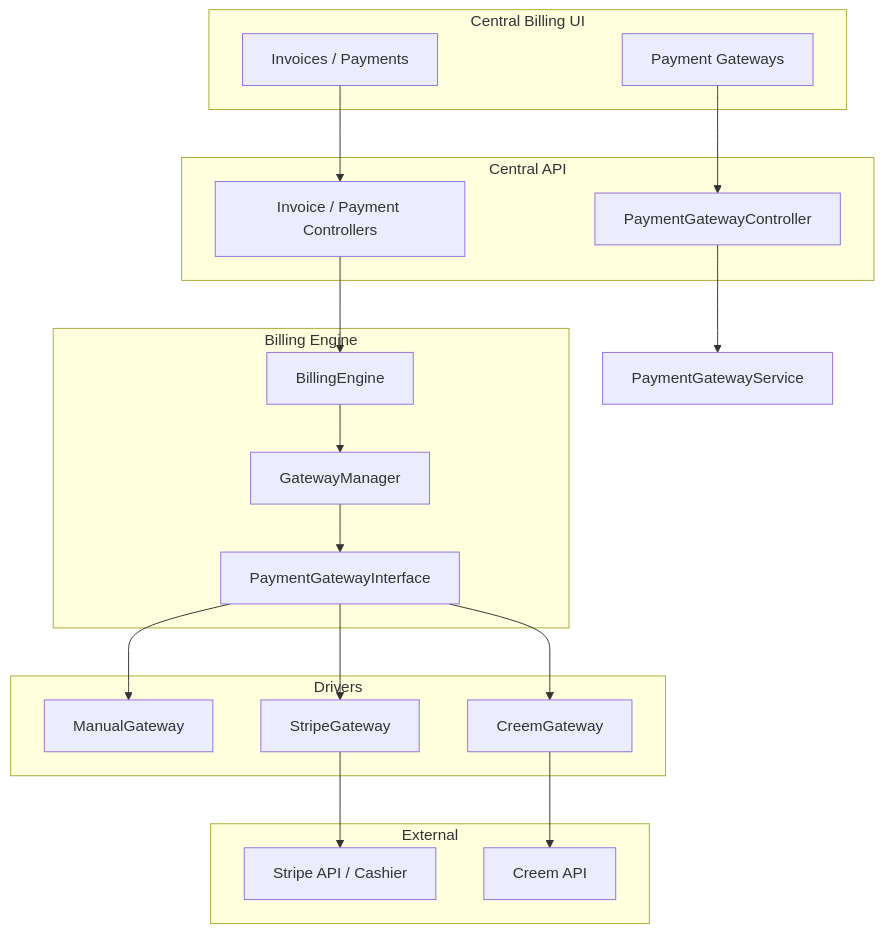
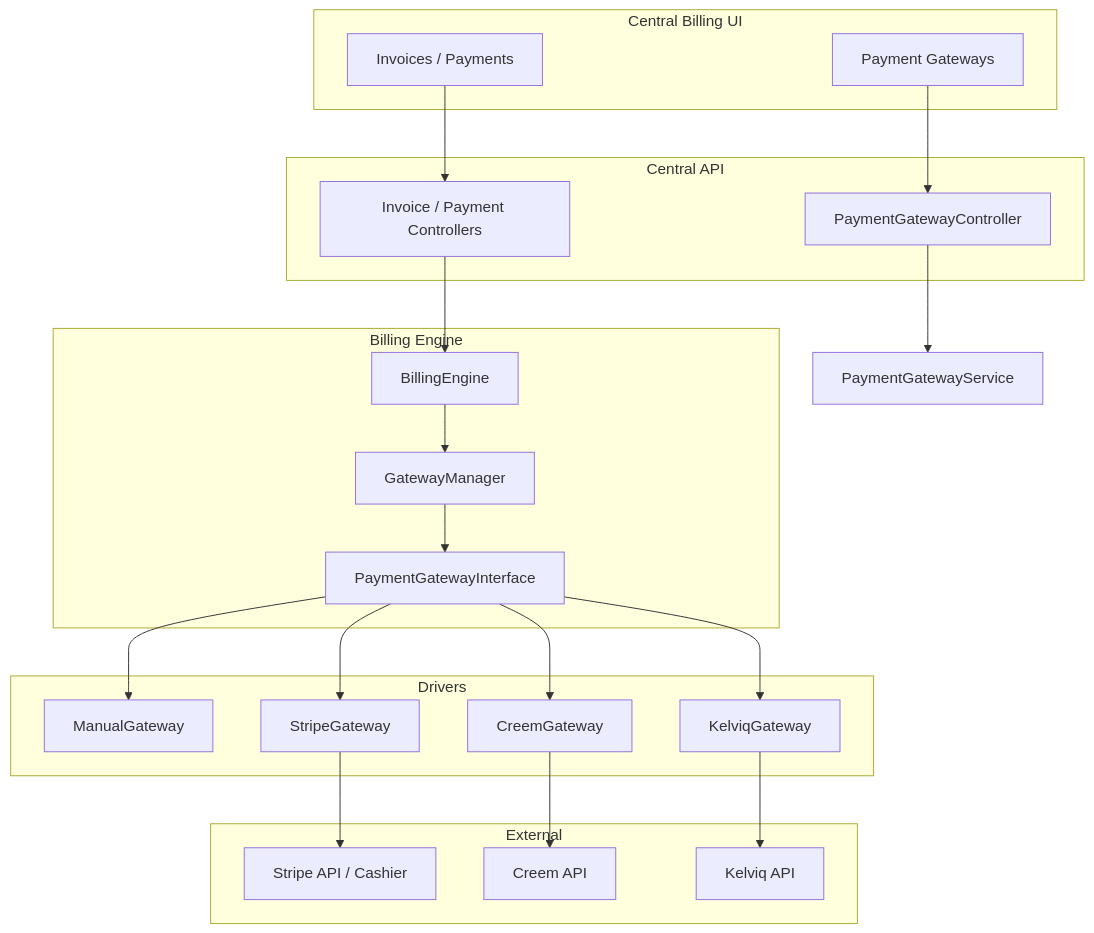
The first of 3 diagrams in docs/developer-guide/payment-gateways-overview.md (DiligentCreators/EloSync-Docs), drawn with Mermaid before and after one commit. The commit also changed other lines of this file and 13 other files, not shown here.

First line of the commit message:
Document Kelviq Central gateway and production readiness. (#392)

````diff
--- a/docs/developer-guide/payment-gateways-overview.md
+++ b/docs/developer-guide/payment-gateways-overview.md
@@ -21,41 +22,45 @@
 ```mermaid
 flowchart TB
   subgraph AdminUI["Central Billing UI"]
     PG[Payment Gateways]
     INV[Invoices / Payments]
   end
 
   subgraph API["Central API"]
     PGC[PaymentGatewayController]
     IC[Invoice / Payment Controllers]
   end
 
   subgraph Engine["Billing Engine"]
     BE[BillingEngine]
     GM[GatewayManager]
     IF[PaymentGatewayInterface]
   end
 
   subgraph Drivers["Drivers"]
     MG[ManualGateway]
     SG[StripeGateway]
     CG[CreemGateway]
+    KG[KelviqGateway]
   end
 
   subgraph Providers["External"]
     Stripe[Stripe API / Cashier]
     Creem[Creem API]
+    Kelviq[Kelviq API]
   end
 
   PG --> PGC
   INV --> IC
   PGC --> PaymentGatewayService
   IC --> BE
   BE --> GM
   GM --> IF
   IF --> MG
   IF --> SG
   IF --> CG
+  IF --> KG
   SG --> Stripe
   CG --> Creem
+  KG --> Kelviq
 ```
````
